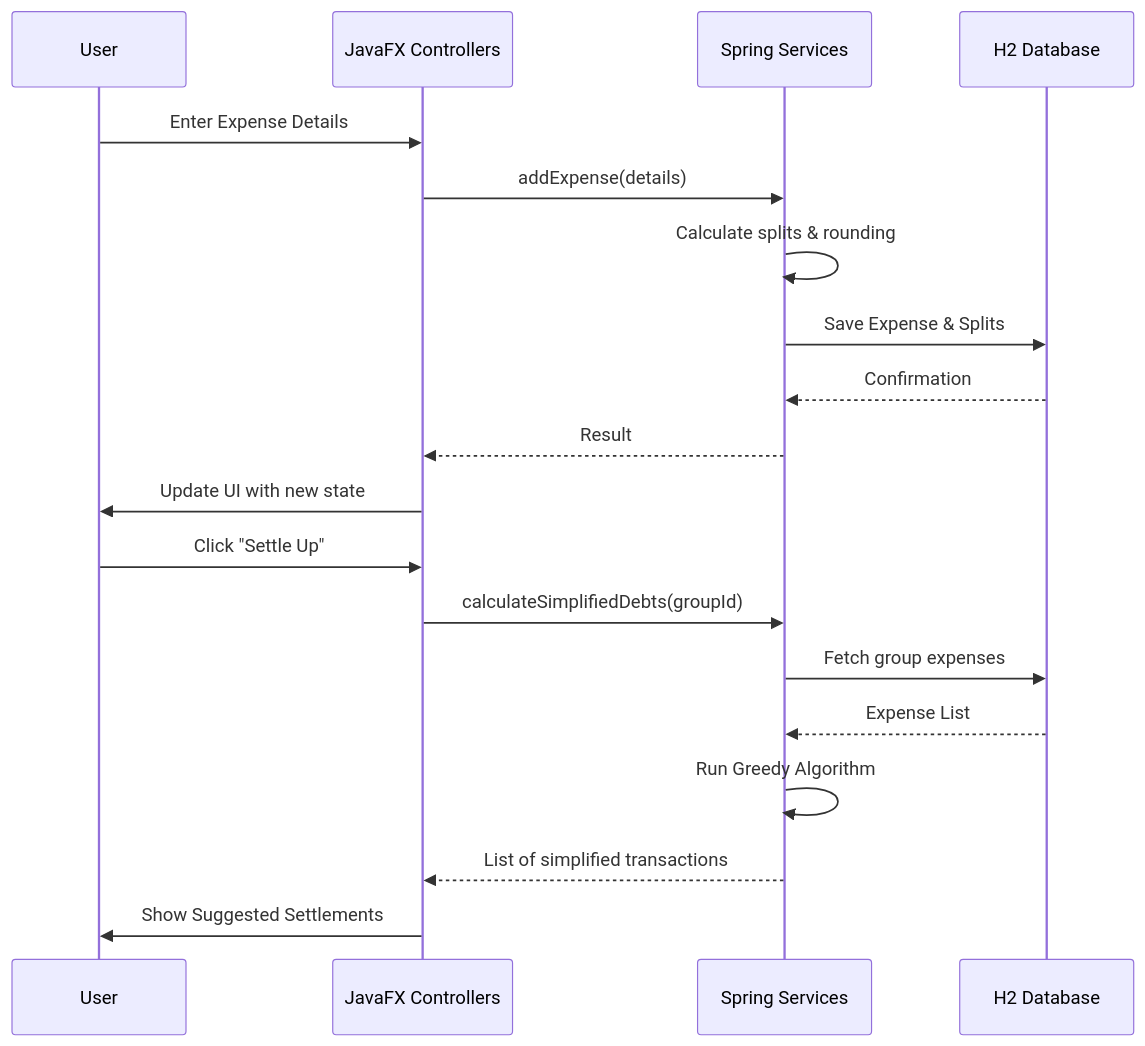
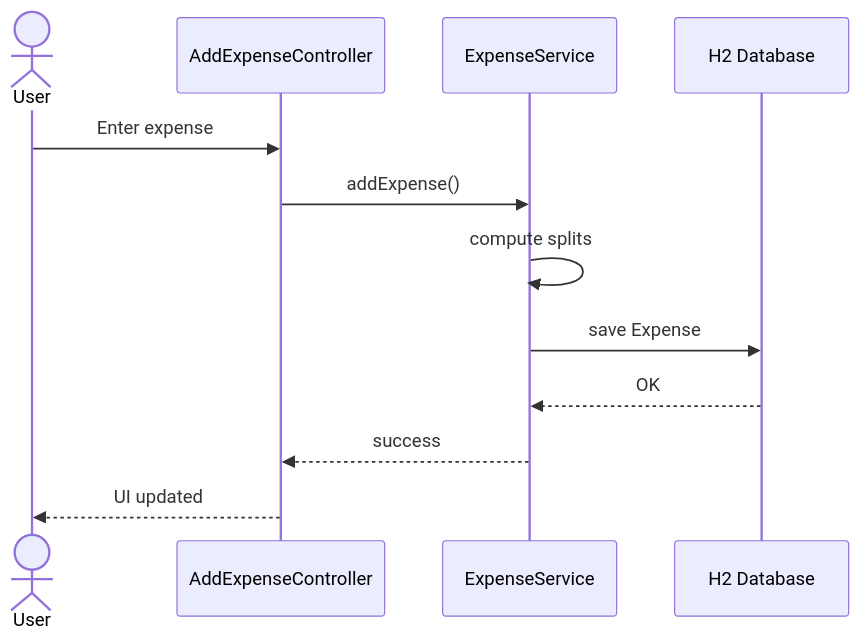
Before and after one commit to malcolm-cephas/Expense_Splitter: the third of 5 diagrams in README.md, drawn with Mermaid. The commit also changed other lines of this file, not shown here.

````diff
--- a/README.md
+++ b/README.md
@@ -66,23 +206,18 @@
 ```mermaid
 sequenceDiagram
-    participant User
-    participant Controllers as JavaFX Controllers
-    participant Services as Spring Services
-    participant DB as H2 Database
+actor User
+participant UI as AddExpenseController
+participant Service as ExpenseService
+participant DB as H2 Database
 
-    User->>Controllers: Enter Expense Details
-    Controllers->>Services: addExpense(details)
-    Services->>Services: Calculate splits & rounding
-    Services->>DB: Save Expense & Splits
-    DB-->>Services: Confirmation
-    Services-->>Controllers: Result
-    Controllers->>User: Update UI with new state
+User ->> UI: Enter expense
+UI ->> Service: addExpense()
 
-    User->>Controllers: Click "Settle Up"
-    Controllers->>Services: calculateSimplifiedDebts(groupId)
-    Services->>DB: Fetch group expenses
-    DB-->>Services: Expense List
-    Services->>Services: Run Greedy Algorithm
-    Services-->>Controllers: List of simplified transactions
-    Controllers->>User: Show Suggested Settlements
+Service ->> Service: compute splits
+
+Service ->> DB: save Expense
+DB -->> Service: OK
+
+Service -->> UI: success
+UI -->> User: UI updated
 ```
````
